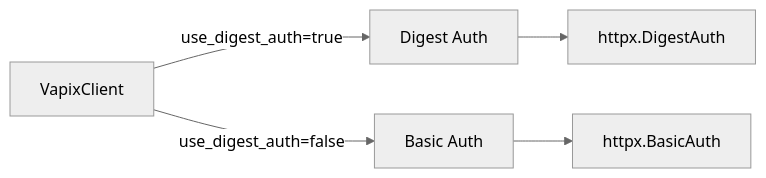
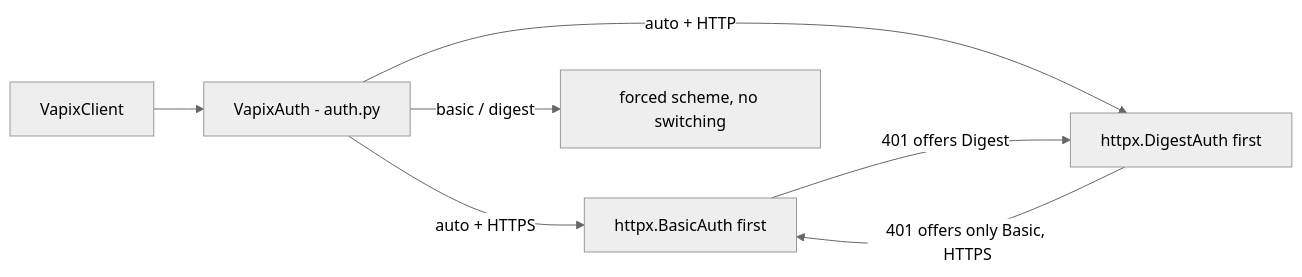
One commit to NetDevAutomate/axiscam changed the ninth of 29 diagrams in docs/architecture.md. Above: the diagram before and after it, drawn with Mermaid (neutral theme). The commit also changed other lines of this file and 27 other files, not shown here.

First line of the commit message:
fix(client): name the scheme mismatch; follow the device's auth challenge

````diff
--- a/docs/architecture.md
+++ b/docs/architecture.md
@@ -462,7 +463,9 @@
 ```mermaid
 flowchart LR
-    CLIENT[VapixClient] --> |use_digest_auth=true| DIGEST[Digest Auth]
-    CLIENT --> |use_digest_auth=false| BASIC[Basic Auth]
-    DIGEST --> HTTPX[httpx.DigestAuth]
-    BASIC --> HTTPX2[httpx.BasicAuth]
+    CLIENT[VapixClient] --> AUTH[VapixAuth - auth.py]
+    AUTH -->|auto + HTTPS| BASIC[httpx.BasicAuth first]
+    AUTH -->|auto + HTTP| DIGEST[httpx.DigestAuth first]
+    BASIC -->|401 offers Digest| DIGEST
+    DIGEST -->|401 offers only Basic, HTTPS| BASIC
+    AUTH -->|basic / digest| FORCED[forced scheme, no switching]
 ```
````
